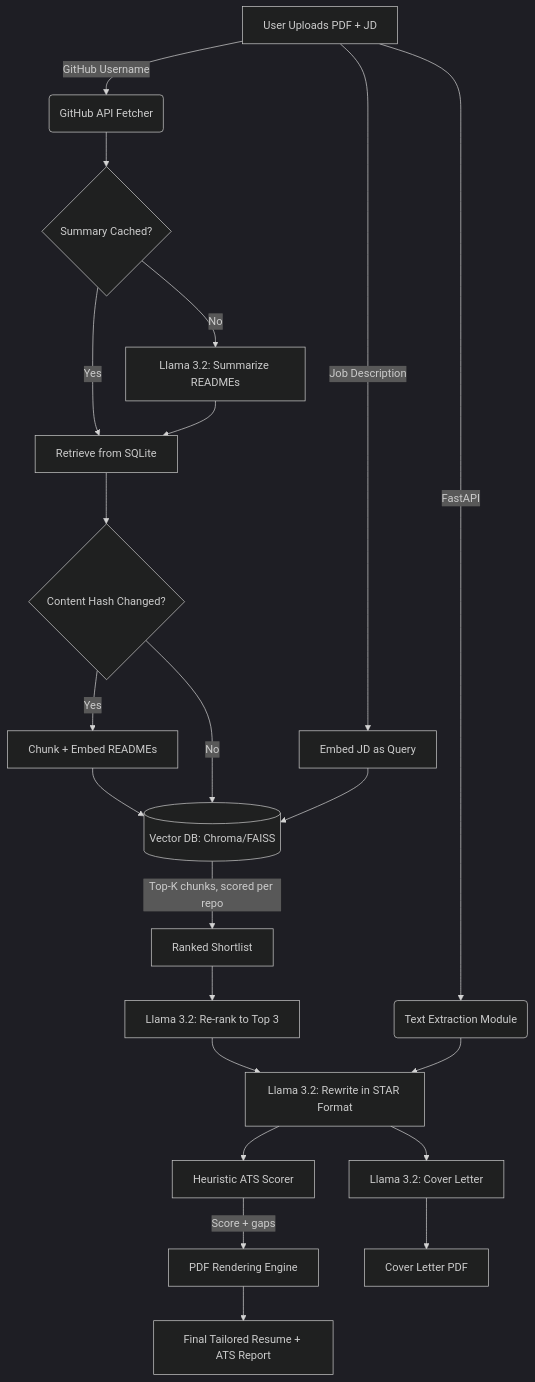
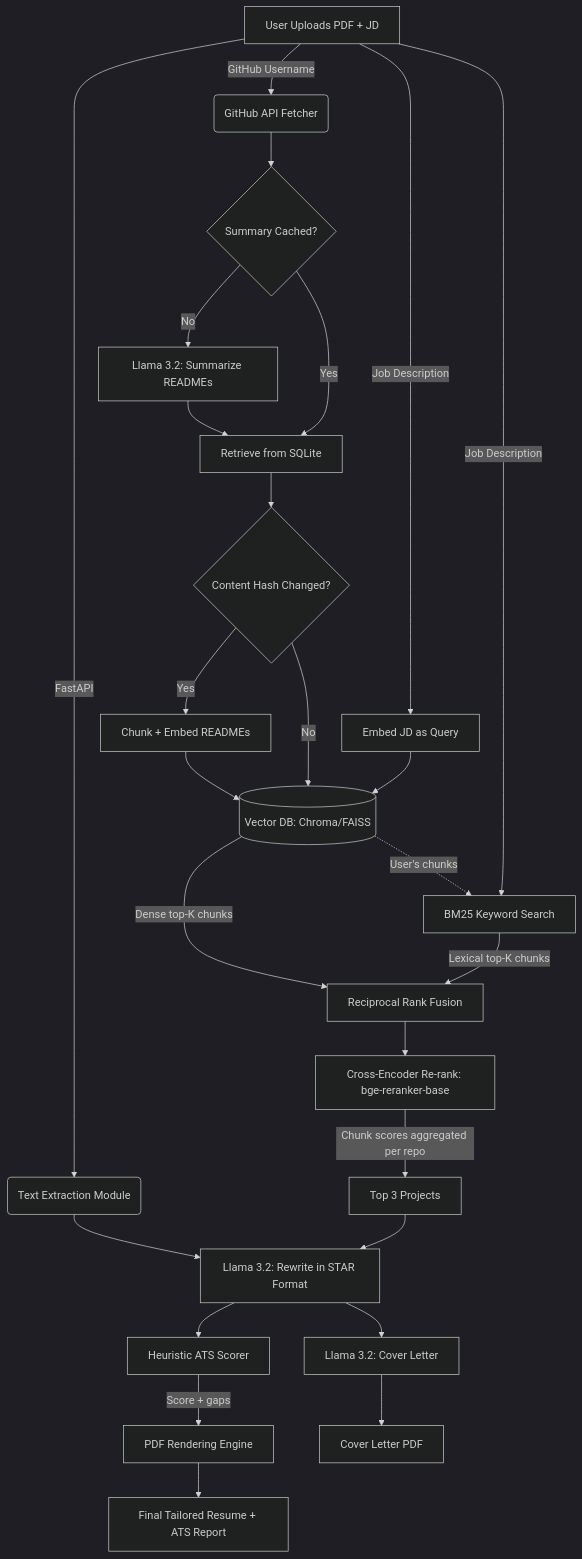
Before and after one commit to prasanta10/HireReady-AI: the diagram in README.md, drawn with Mermaid (dark theme). The commit also changed other lines of this file and 9 other files, not shown here.

Commit message:
Feat : Upgraded to hybrid search and cross-encoder to bge-reranker

````diff
--- a/README.md
+++ b/README.md
@@ -57,24 +60,28 @@
 ```mermaid
 graph TD
     A[User Uploads PDF + JD] -->|FastAPI| B(Text Extraction Module)
     A -->|GitHub Username| C(GitHub API Fetcher)
     C --> D{Summary Cached?}
     D -- No --> E[Llama 3.2: Summarize READMEs]
     D -- Yes --> F[Retrieve from SQLite]
     E --> F
     F --> G{Content Hash Changed?}
     G -- Yes --> H[Chunk + Embed READMEs]
     H --> V[(Vector DB: Chroma/FAISS)]
     G -- No --> V
     A -->|Job Description| Q[Embed JD as Query]
+    A -->|Job Description| BM[BM25 Keyword Search]
     Q --> V
-    V -->|Top-K chunks, scored per repo| S[Ranked Shortlist]
-    S --> R[Llama 3.2: Re-rank to Top 3]
+    V -->|Dense top-K chunks| F2[Reciprocal Rank Fusion]
+    V -.->|User's chunks| BM
+    BM -->|Lexical top-K chunks| F2
+    F2 --> CE[Cross-Encoder Re-rank: bge-reranker-base]
+    CE -->|Chunk scores aggregated per repo| R[Top 3 Projects]
     R --> W[Llama 3.2: Rewrite in STAR Format]
     B --> W
     W --> X[Heuristic ATS Scorer]
     X -->|Score + gaps| Y[PDF Rendering Engine]
     W --> Z[Llama 3.2: Cover Letter]
     Y --> K[Final Tailored Resume + ATS Report]
     Z --> L[Cover Letter PDF]
 ```
````
